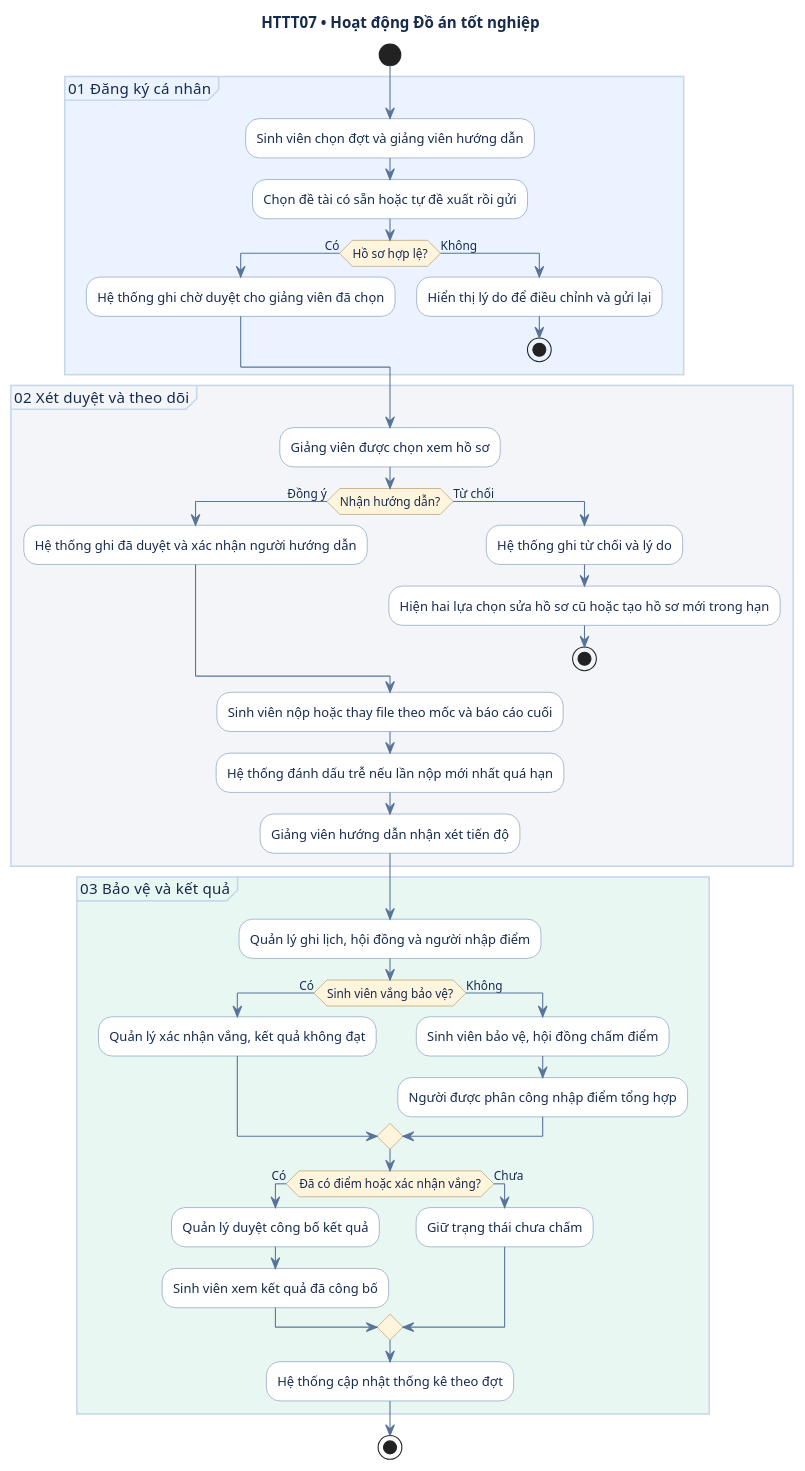
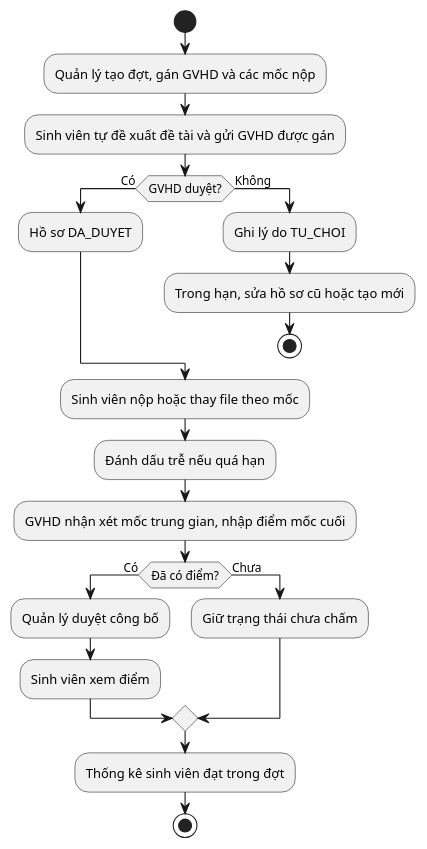
Before and after one commit to lam-vu6868/HTQL_TieuLuan_DoAN: the sixth of 6 diagrams in 02-so-do-uml.md, drawn with PlantUML. The commit also changed other lines of this file and 40 other files, not shown here.

````diff
--- a/02-so-do-uml.md
+++ b/02-so-do-uml.md
@@ -386,58 +209,25 @@
 ```plantuml
 @startuml
-title HTTT07 • Hoạt động Đồ án tốt nghiệp
-skinparam shadowing false
-skinparam DefaultFontName SansSerif
-skinparam defaultFontColor #172B4D
-skinparam ArrowColor #587499
-skinparam ActivityBorderColor #6586AB
-skinparam ActivityBackgroundColor #FFFFFF
-skinparam ActivityDiamondBackgroundColor #FFF4DC
-skinparam ActivityDiamondBorderColor #A48347
-skinparam PartitionBorderColor #C8D8EB
-
 start
-partition #EAF3FF "01  Đăng ký cá nhân" {
-  :Sinh viên chọn đợt và giảng viên hướng dẫn;
-  :Chọn đề tài có sẵn hoặc tự đề xuất rồi gửi;
-  if (Hồ sơ hợp lệ?) then (Có)
-    :Hệ thống ghi chờ duyệt cho giảng viên đã chọn;
-  else (Không)
-    :Hiển thị lý do để điều chỉnh và gửi lại;
-    stop
-  endif
-}
-
-partition #F3F5F8 "02  Xét duyệt và theo dõi" {
-  :Giảng viên được chọn xem hồ sơ;
-  if (Nhận hướng dẫn?) then (Đồng ý)
-    :Hệ thống ghi đã duyệt và xác nhận người hướng dẫn;
-  else (Từ chối)
-    :Hệ thống ghi từ chối và lý do;
-    :Hiện hai lựa chọn sửa hồ sơ cũ hoặc tạo hồ sơ mới trong hạn;
-    stop
-  endif
-  :Sinh viên nộp hoặc thay file theo mốc và báo cáo cuối;
-  :Hệ thống đánh dấu trễ nếu lần nộp mới nhất quá hạn;
-  :Giảng viên hướng dẫn nhận xét tiến độ;
-}
-
-partition #E9F7F2 "03  Bảo vệ và kết quả" {
-  :Quản lý ghi lịch, hội đồng và người nhập điểm;
-  if (Sinh viên vắng bảo vệ?) then (Có)
-    :Quản lý xác nhận vắng, kết quả không đạt;
-  else (Không)
-    :Sinh viên bảo vệ, hội đồng chấm điểm;
-    :Người được phân công nhập điểm tổng hợp;
-  endif
-  if (Đã có điểm hoặc xác nhận vắng?) then (Có)
-    :Quản lý duyệt công bố kết quả;
-    :Sinh viên xem kết quả đã công bố;
-  else (Chưa)
-    :Giữ trạng thái chưa chấm;
-  endif
-  :Hệ thống cập nhật thống kê theo đợt;
-}
+:Quản lý tạo đợt, gán GVHD và các mốc nộp;
+:Sinh viên tự đề xuất đề tài và gửi GVHD được gán;
+if (GVHD duyệt?) then (Có)
+  :Hồ sơ DA_DUYET;
+else (Không)
+  :Ghi lý do TU_CHOI;
+  :Trong hạn, sửa hồ sơ cũ hoặc tạo mới;
+  stop
+endif
+:Sinh viên nộp hoặc thay file theo mốc;
+:Đánh dấu trễ nếu quá hạn;
+:GVHD nhận xét mốc trung gian, nhập điểm mốc cuối;
+if (Đã có điểm?) then (Có)
+  :Quản lý duyệt công bố;
+  :Sinh viên xem điểm;
+else (Chưa)
+  :Giữ trạng thái chưa chấm;
+endif
+:Thống kê sinh viên đạt trong đợt;
 stop
 @enduml
 ```
````
